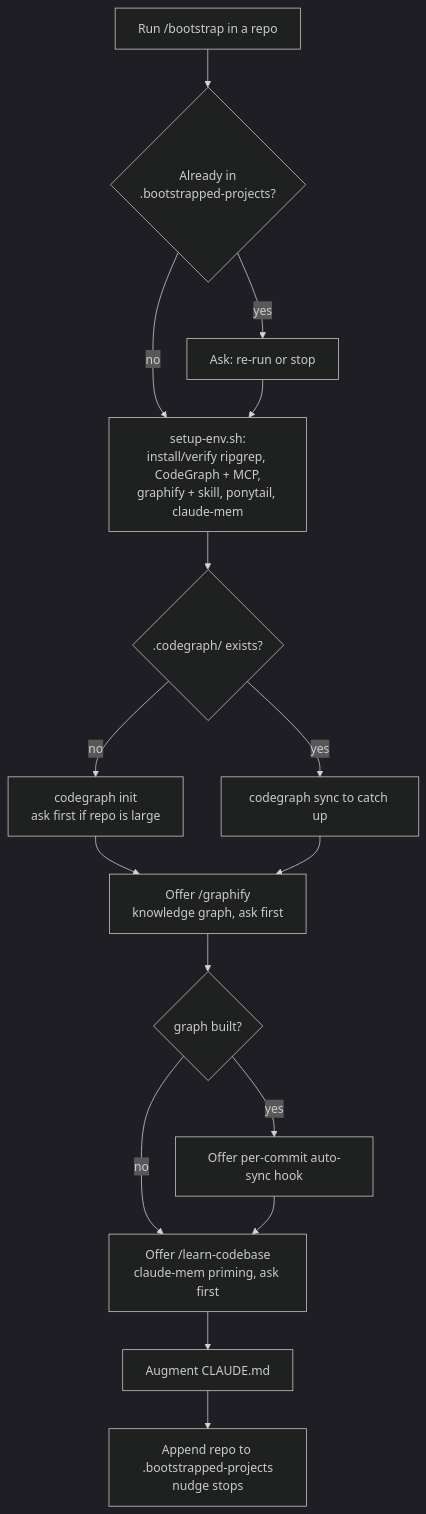
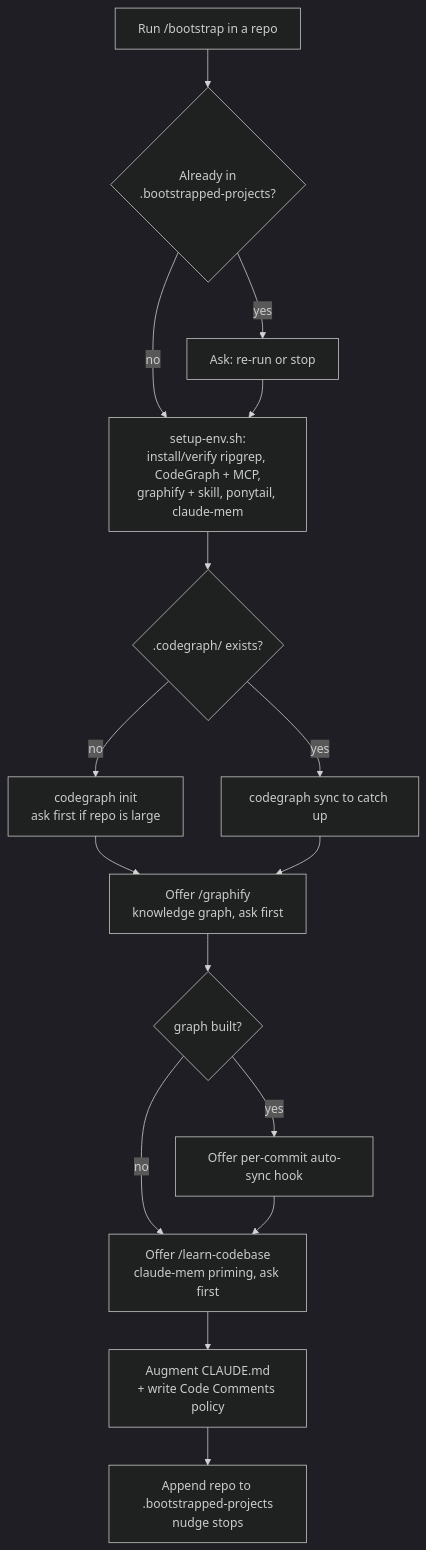
The diagram in bootstrap/README.md (unisol1020/claude-tools), drawn with Mermaid (dark theme) before and after one commit. The commit also changed other lines of this file and 2 other files, not shown here.

First line of the commit message:
feat(bootstrap): write standard Code Comments policy into CLAUDE.md / AGENTS.md

````diff
--- a/bootstrap/README.md
+++ b/bootstrap/README.md
@@ -9,18 +9,18 @@
 ```mermaid
 flowchart TD
   A[Run /bootstrap in a repo] --> B{Already in<br>.bootstrapped-projects?}
   B -- yes --> C[Ask: re-run or stop]
   B -- no --> D[setup-env.sh:<br>install/verify ripgrep, CodeGraph + MCP,<br>graphify + skill, ponytail, claude-mem]
   C --> D
   D --> E{.codegraph/ exists?}
   E -- no --> F[codegraph init<br>ask first if repo is large]
   E -- yes --> G[codegraph sync to catch up]
   F --> H[Offer /graphify<br>knowledge graph, ask first]
   G --> H
   H --> I{graph built?}
   I -- yes --> J[Offer per-commit auto-sync hook]
   I -- no --> K[Offer /learn-codebase<br>claude-mem priming, ask first]
   J --> K
-  K --> L[Augment CLAUDE.md]
+  K --> L[Augment CLAUDE.md<br>+ write Code Comments policy]
   L --> M[Append repo to .bootstrapped-projects<br>nudge stops]
 ```
````
